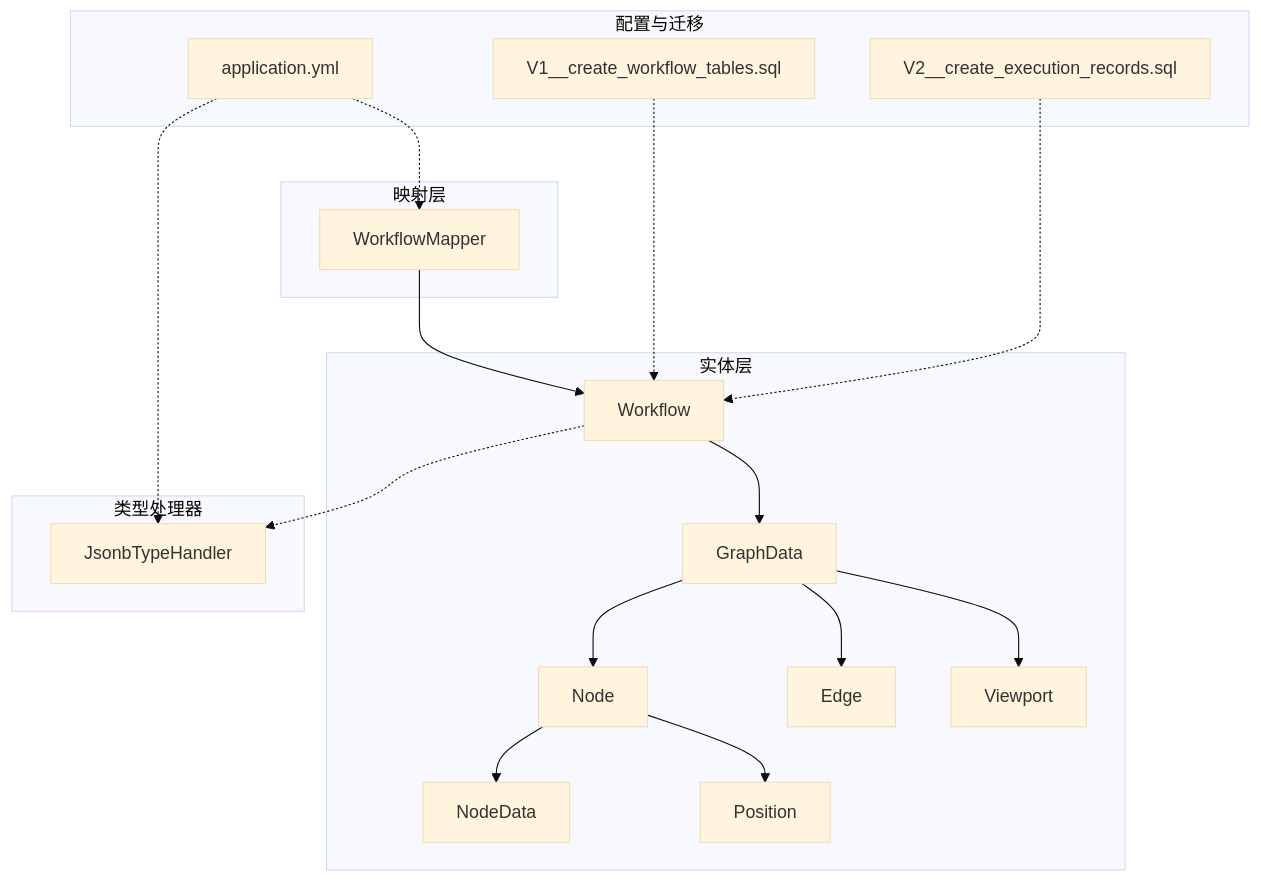
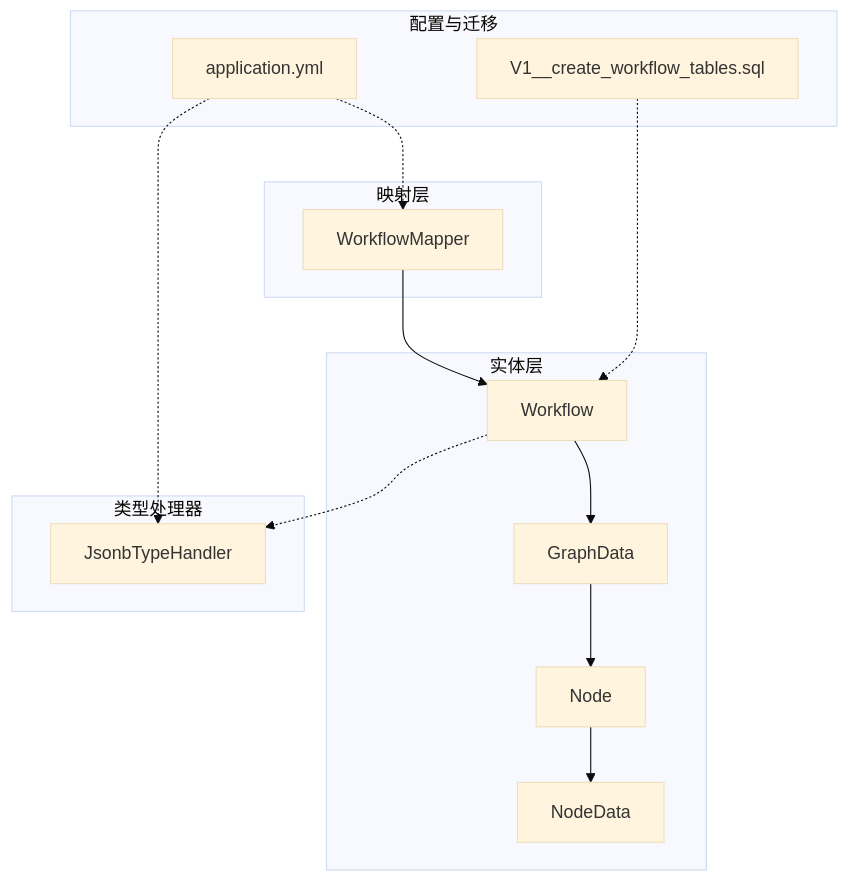
One commit to cxz64323/bokagent changed the first of 6 diagrams in .qoder/repowiki/zh/content/数据模型设计/数据序列化机制.md. Above: the diagram before and after it, drawn with Mermaid (base theme). The commit also changed other lines of this file and 6 other files, not shown here.

````diff
--- a/.qoder/repowiki/zh/content/数据模型设计/数据序列化机制.md
+++ b/.qoder/repowiki/zh/content/数据模型设计/数据序列化机制.md
@@ -54,35 +52,27 @@
 ```mermaid
 graph TB
 subgraph "实体层"
 W["Workflow"]
 GD["GraphData"]
 N["Node"]
-E["Edge"]
 ND["NodeData"]
-P["Position"]
-VP["Viewport"]
 end
 subgraph "映射层"
 WM["WorkflowMapper"]
 end
 subgraph "类型处理器"
 JT["JsonbTypeHandler<T>"]
 end
 subgraph "配置与迁移"
 CFG["application.yml"]
 M1["V1__create_workflow_tables.sql"]
-M2["V2__create_execution_records.sql"]
 end
 W --> GD
 GD --> N
-GD --> E
 N --> ND
-N --> P
-GD --> VP
 WM --> W
 W -.-> JT
 CFG -.-> WM
 CFG -.-> JT
 M1 -.-> W
-M2 -.-> W
 ```
````
